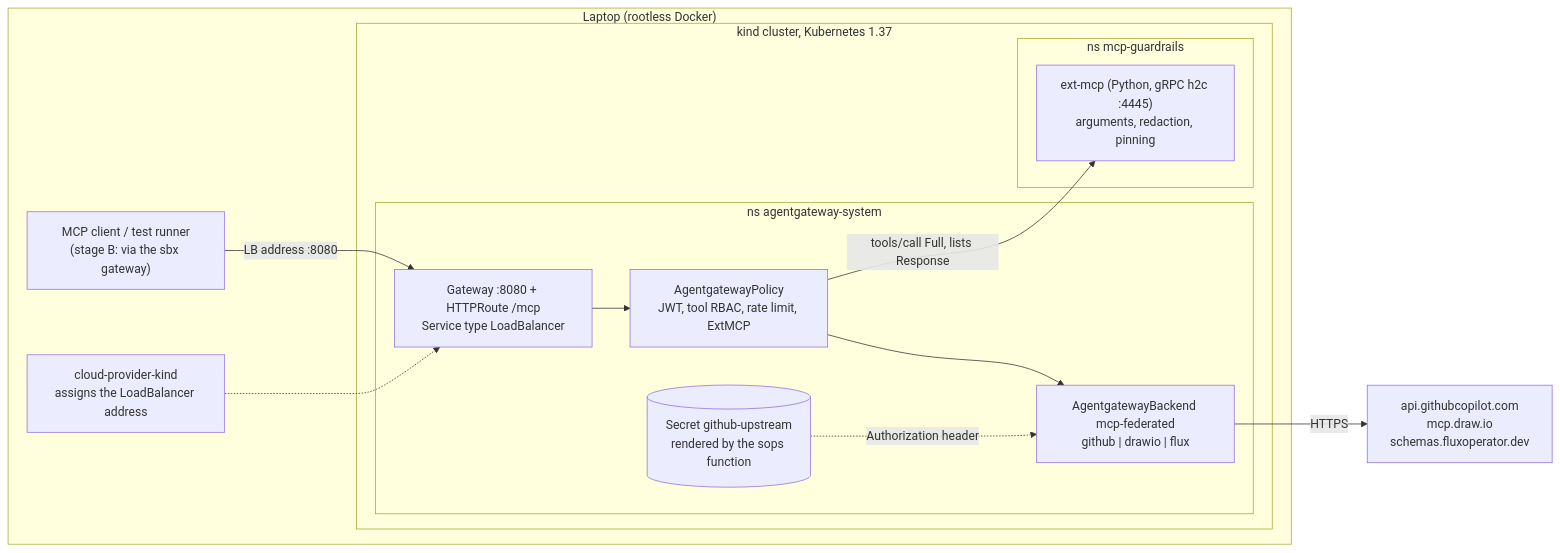
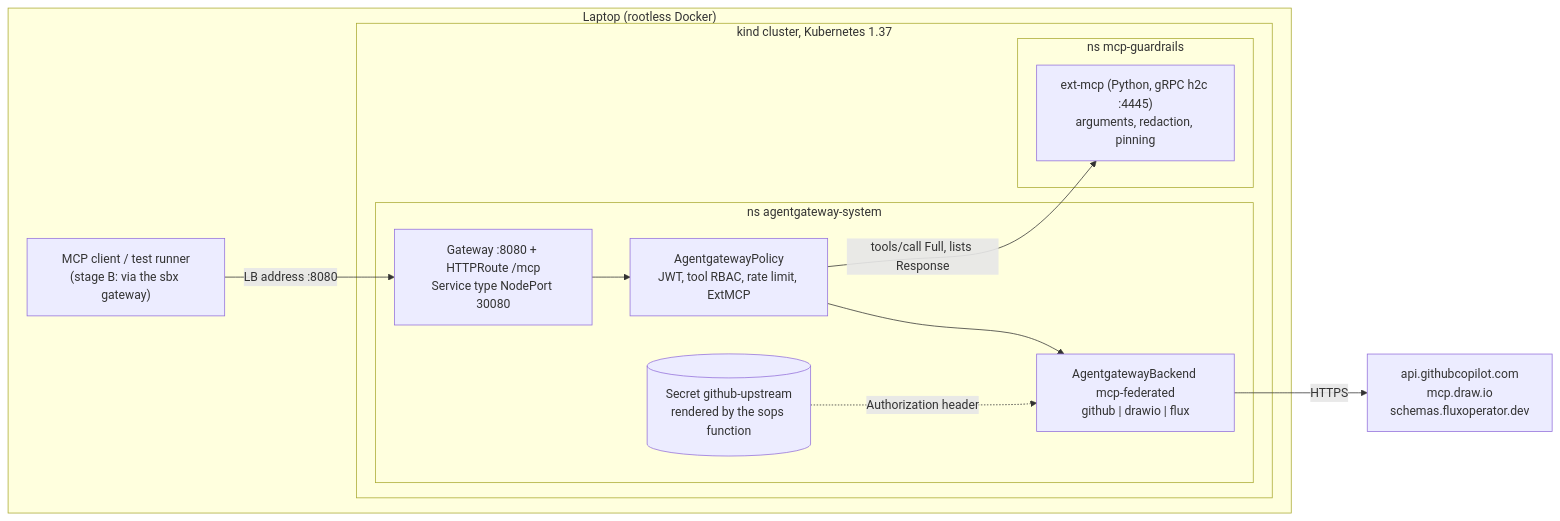
Before and after one commit to raghav19/engineersdaybook: the first of 4 diagrams in code/mcp-sandbox/part-3-mcp-guardrails/README.md, drawn with Mermaid. The commit also changed other lines of this file and 18 other files, not shown here.

````diff
--- a/code/mcp-sandbox/part-3-mcp-guardrails/README.md
+++ b/code/mcp-sandbox/part-3-mcp-guardrails/README.md
@@ -15,24 +15,22 @@
 ```mermaid
 flowchart LR
   subgraph host["Laptop (rootless Docker)"]
     cli["MCP client / test runner<br/>(stage B: via the sbx gateway)"]
-    cpk["cloud-provider-kind<br/>assigns the LoadBalancer address"]
     subgraph kind["kind cluster, Kubernetes 1.37"]
       subgraph agw["ns agentgateway-system"]
-        gw["Gateway :8080 + HTTPRoute /mcp<br/>Service type LoadBalancer"]
+        gw["Gateway :8080 + HTTPRoute /mcp<br/>Service type NodePort 30080"]
         pol["AgentgatewayPolicy<br/>JWT, tool RBAC, rate limit, ExtMCP"]
         be["AgentgatewayBackend mcp-federated<br/>github | drawio | flux"]
         sec[("Secret github-upstream<br/>rendered by the sops function")]
       end
       subgraph g["ns mcp-guardrails"]
         ext["ext-mcp (Python, gRPC h2c :4445)<br/>arguments, redaction, pinning"]
       end
     end
   end
   cli -- "LB address :8080" --> gw
-  cpk -.-> gw
   gw --> pol --> be
   pol -- "tools/call Full, lists Response" --> ext
   sec -. "Authorization header" .-> be
   be -- "HTTPS" --> up["api.githubcopilot.com<br/>mcp.draw.io<br/>schemas.fluxoperator.dev"]
 ```
````
